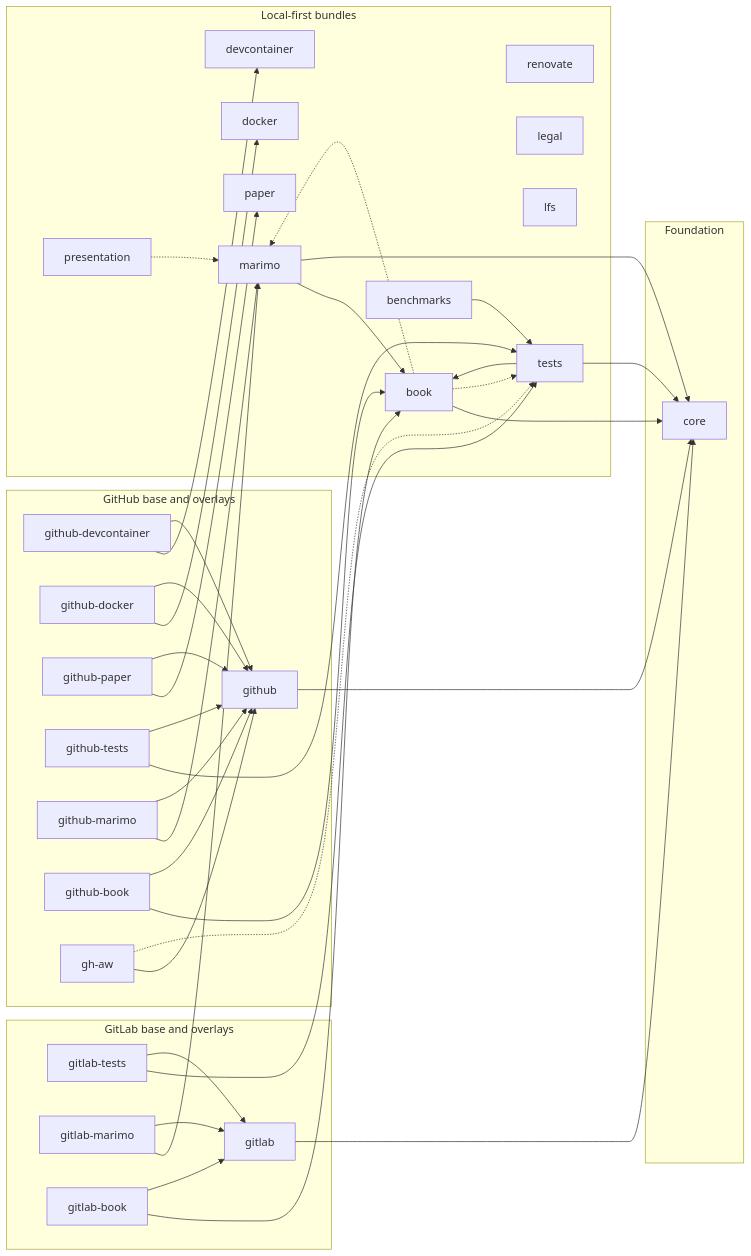
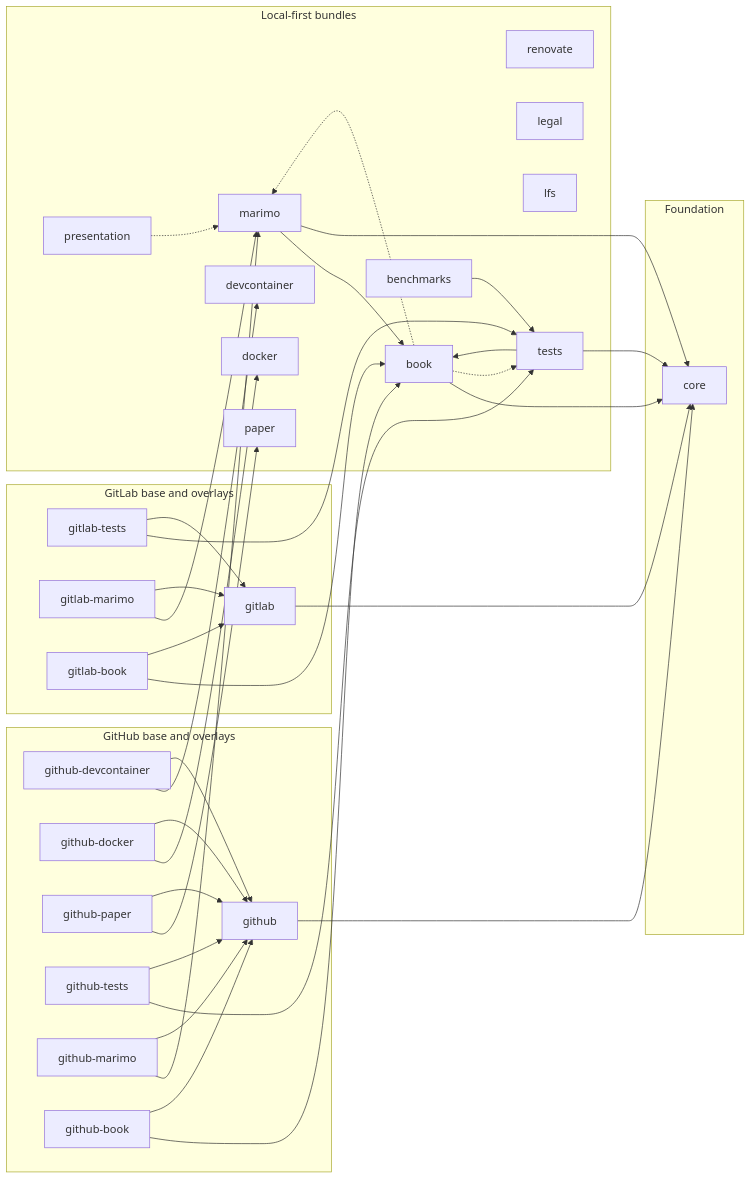
The diagram in docs/reference/GLOSSARY.md (Jebel-Quant/rhiza), drawn with Mermaid before and after one commit. The commit also changed 75 other files, not shown here.

````diff
--- a/docs/reference/GLOSSARY.md
+++ b/docs/reference/GLOSSARY.md
@@ -42,70 +42,67 @@
 ```mermaid
 flowchart LR
     subgraph Foundation["Foundation"]
         core["core"]
     end
 
     subgraph Local["Local-first bundles"]
         renovate["renovate"]
         legal["legal"]
         devcontainer["devcontainer"]
         docker["docker"]
         lfs["lfs"]
         presentation["presentation"]
         paper["paper"]
         book["book"]
         tests["tests"]
         benchmarks["benchmarks"]
         marimo["marimo"]
     end
 
     subgraph GitHub["GitHub base and overlays"]
         github["github"]
         github_devcontainer["github-devcontainer"]
         github_docker["github-docker"]
         github_paper["github-paper"]
         github_tests["github-tests"]
         github_marimo["github-marimo"]
         github_book["github-book"]
-        gh_aw["gh-aw"]
     end
 
     subgraph GitLab["GitLab base and overlays"]
         gitlab["gitlab"]
         gitlab_tests["gitlab-tests"]
         gitlab_marimo["gitlab-marimo"]
         gitlab_book["gitlab-book"]
     end
 
     github --> core
     gitlab --> core
     book --> core
     tests --> book
     tests --> core
     benchmarks --> tests
     marimo --> book
     marimo --> core
     github_devcontainer --> devcontainer
     github_devcontainer --> github
     github_docker --> docker
     github_docker --> github
     github_paper --> paper
     github_paper --> github
     github_tests --> tests
     github_tests --> github
     github_marimo --> marimo
     github_marimo --> github
     github_book --> book
     github_book --> github
     gitlab_tests --> tests
     gitlab_tests --> gitlab
     gitlab_marimo --> marimo
     gitlab_marimo --> gitlab
     gitlab_book --> book
     gitlab_book --> gitlab
-    gh_aw --> github
     presentation -.-> marimo
     book -.-> tests
     book -.-> marimo
-    gh_aw -.-> tests
 ```
````
